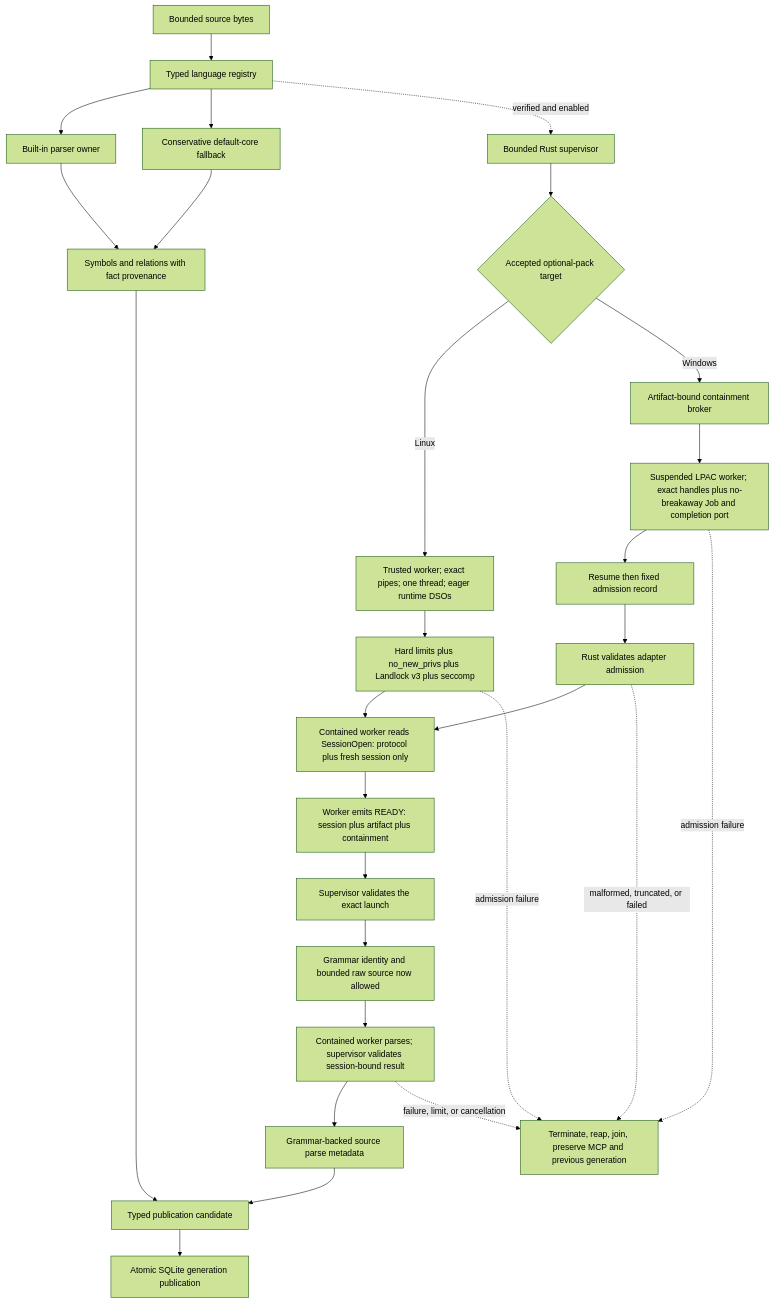
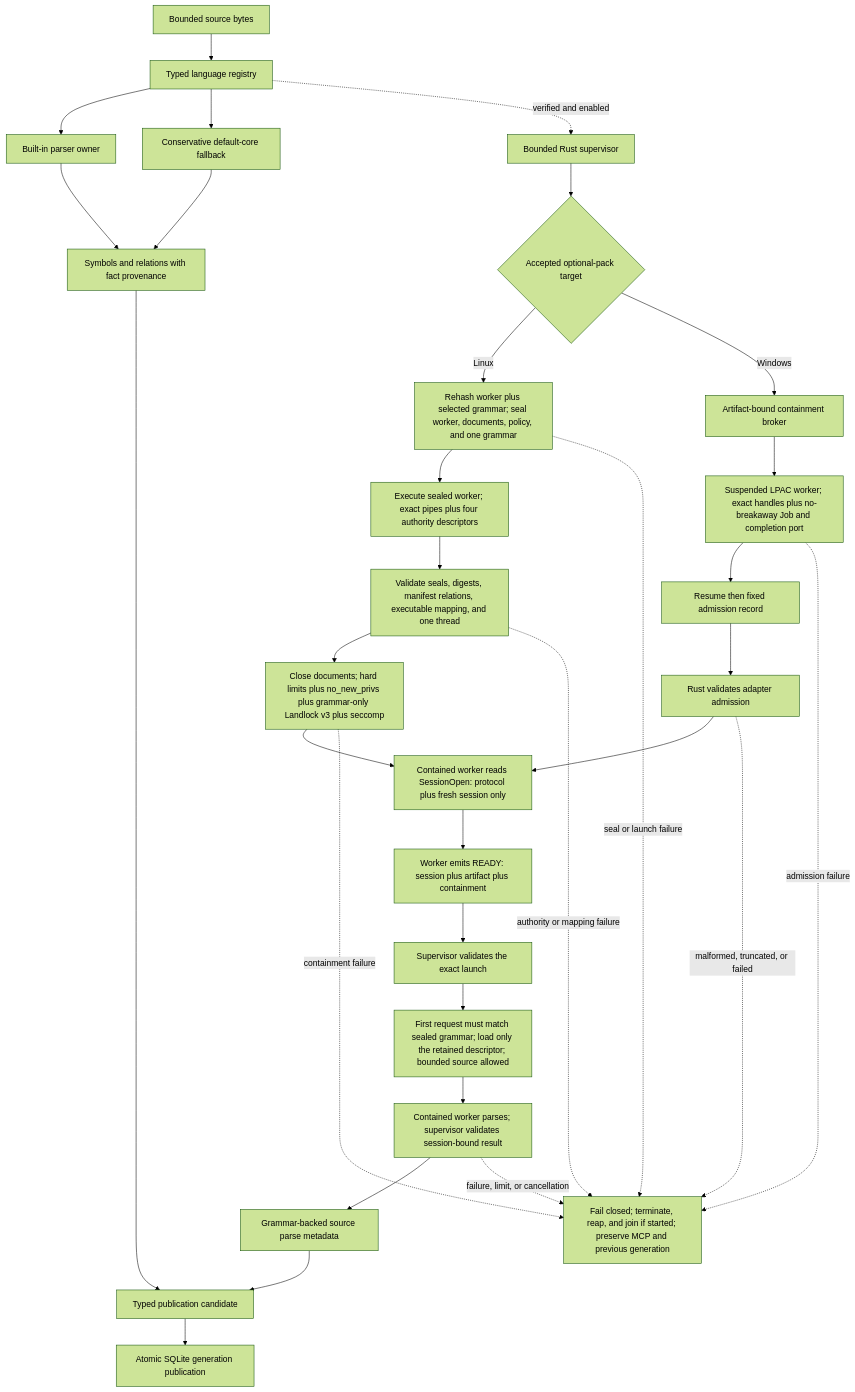
Diagram 27 of 28 in docs/projectatlas-3-architecture.md (styler-ai/ProjectAtlas), drawn with Mermaid (forest theme) before and after one commit. The commit also changed other lines of this file and 13 other files, not shown here.

Commit message:
fix(parser): seal Linux resident launch authority (#356)

````diff
--- a/docs/projectatlas-3-architecture.md
+++ b/docs/projectatlas-3-architecture.md
@@ -2159,30 +2172,34 @@
 ```mermaid
 flowchart TB
     Source[Bounded source bytes] --> Registry[Typed language registry]
     Registry --> BuiltIn[Built-in parser owner]
     Registry --> Fallback[Conservative default-core fallback]
     Registry -. verified and enabled .-> Supervisor[Bounded Rust supervisor]
     Supervisor --> Platform{Accepted optional-pack target}
-    Platform -->|Linux| LinuxBoot[Trusted worker; exact pipes; one thread; eager runtime DSOs]
-    LinuxBoot --> LinuxContain[Hard limits plus no_new_privs plus Landlock v3 plus seccomp]
+    Platform -->|Linux| LinuxSeal[Rehash worker plus selected grammar; seal worker, documents, policy, and one grammar]
+    LinuxSeal --> LinuxBoot[Execute sealed worker; exact pipes plus four authority descriptors]
+    LinuxBoot --> LinuxVerify[Validate seals, digests, manifest relations, executable mapping, and one thread]
+    LinuxVerify --> LinuxContain[Close documents; hard limits plus no_new_privs plus grammar-only Landlock v3 plus seccomp]
     Platform -->|Windows| Broker[Artifact-bound containment broker]
     Broker --> WindowsContain[Suspended LPAC worker; exact handles plus no-breakaway Job and completion port]
     WindowsContain --> Admission[Resume then fixed admission record]
     Admission --> AdmissionGate[Rust validates adapter admission]
     LinuxContain --> Open[Contained worker reads SessionOpen: protocol plus fresh session only]
     AdmissionGate --> Open
     Open --> Ready[Worker emits READY: session plus artifact plus containment]
     Ready --> Gate[Supervisor validates the exact launch]
-    Gate --> Request[Grammar identity and bounded raw source now allowed]
+    Gate --> Request[First request must match sealed grammar; load only the retained descriptor; bounded source allowed]
     Request --> Validate[Contained worker parses; supervisor validates session-bound result]
     Validate --> ParseMeta[Grammar-backed source parse metadata]
     BuiltIn --> Facts[Symbols and relations with fact provenance]
     Fallback --> Facts
     ParseMeta --> Prepared[Typed publication candidate]
     Facts --> Prepared
     Prepared --> Publish[Atomic SQLite generation publication]
-    LinuxContain -. admission failure .-> Preserve[Terminate, reap, join, preserve MCP and previous generation]
+    LinuxSeal -. seal or launch failure .-> Preserve[Fail closed; terminate, reap, and join if started; preserve MCP and previous generation]
+    LinuxVerify -. authority or mapping failure .-> Preserve
+    LinuxContain -. containment failure .-> Preserve
     WindowsContain -. admission failure .-> Preserve
     AdmissionGate -. malformed, truncated, or failed .-> Preserve
     Validate -. failure, limit, or cancellation .-> Preserve
 ```
````
